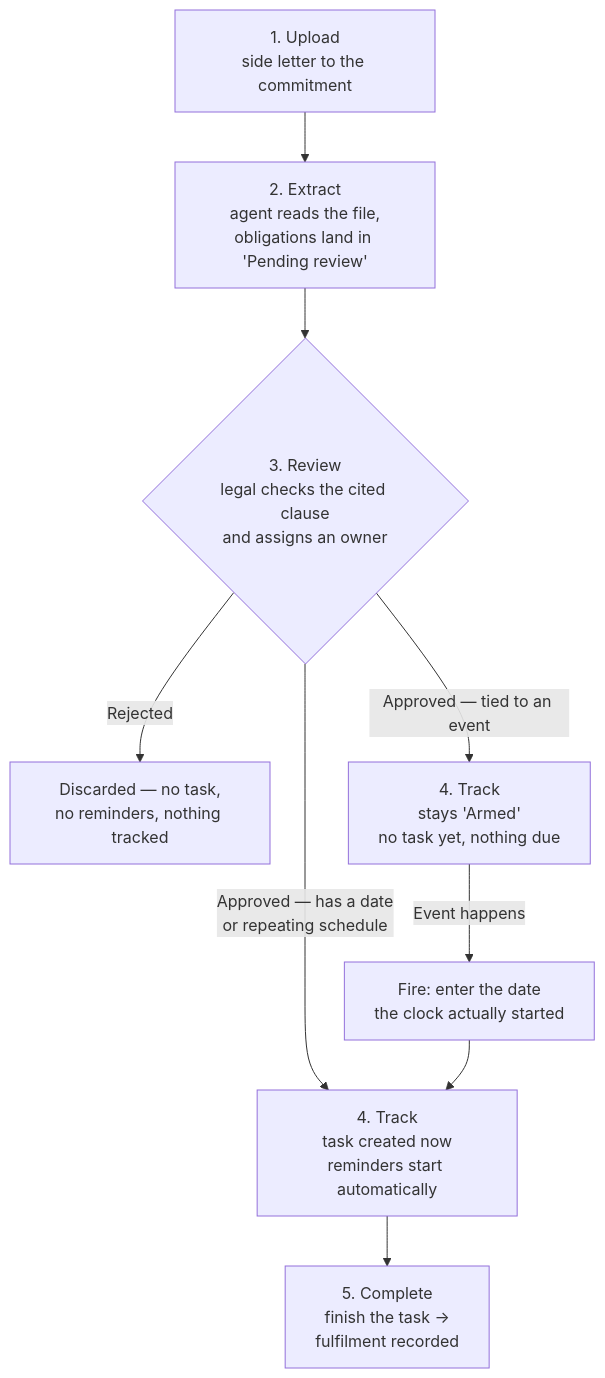
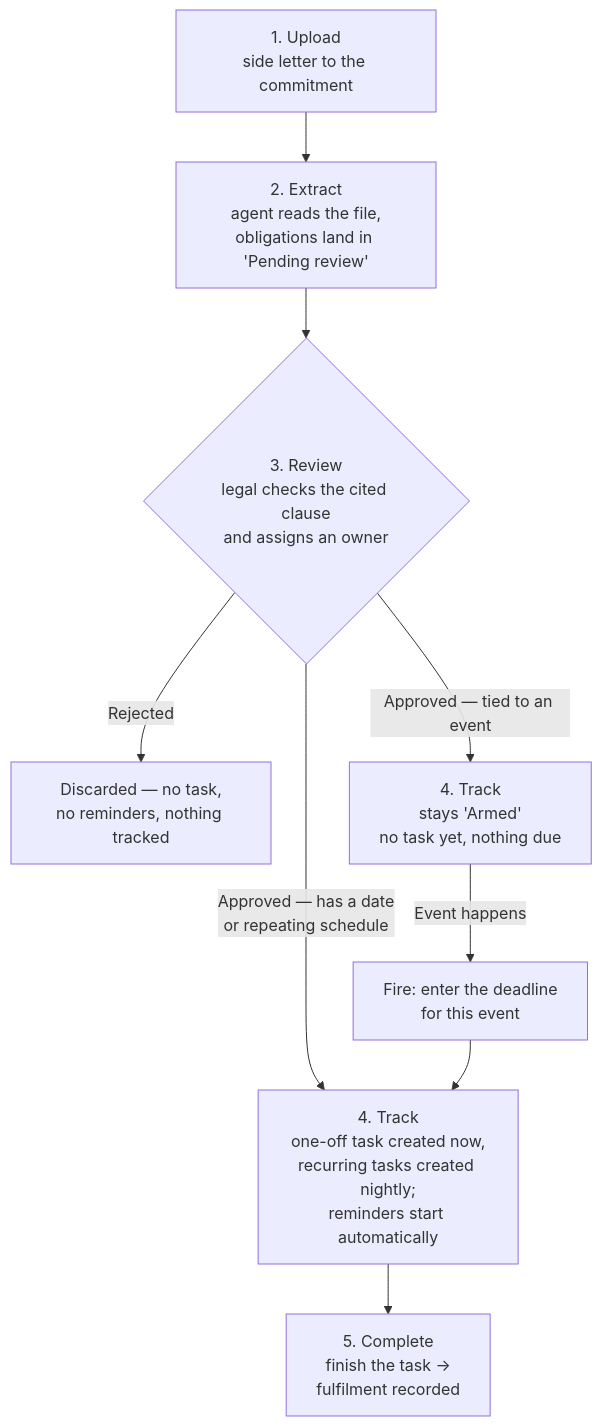
The diagram in docs/user_guides/agents/side_letter_obligation_agent_user_guide.md (sampadadiwan/IRM_CompanyMain), drawn with Mermaid before and after one commit. The commit also changed other lines of this file and 135 other files, not shown here.

````diff
--- a/docs/user_guides/agents/side_letter_obligation_agent_user_guide.md
+++ b/docs/user_guides/agents/side_letter_obligation_agent_user_guide.md
@@ -82,11 +94,11 @@
 ```mermaid
 flowchart TD
     A["1. Upload<br/>side letter to the commitment"] --> B["2. Extract<br/>agent reads the file,<br/>obligations land in 'Pending review'"]
     B --> C{"3. Review<br/>legal checks the cited clause<br/>and assigns an owner"}
     C -->|Rejected| X["Discarded — no task,<br/>no reminders, nothing tracked"]
-    C -->|"Approved — has a date<br/>or repeating schedule"| D["4. Track<br/>task created now<br/>reminders start automatically"]
+    C -->|"Approved — has a date<br/>or repeating schedule"| D["4. Track<br/>one-off task created now,<br/>recurring tasks created nightly;<br/>reminders start automatically"]
     C -->|"Approved — tied to an event"| E["4. Track<br/>stays 'Armed'<br/>no task yet, nothing due"]
-    E -->|Event happens| F["Fire: enter the date<br/>the clock actually started"]
+    E -->|Event happens| F["Fire: enter the deadline<br/>for this event"]
     F --> D
     D --> G["5. Complete<br/>finish the task →<br/>fulfilment recorded"]
 ```
````
